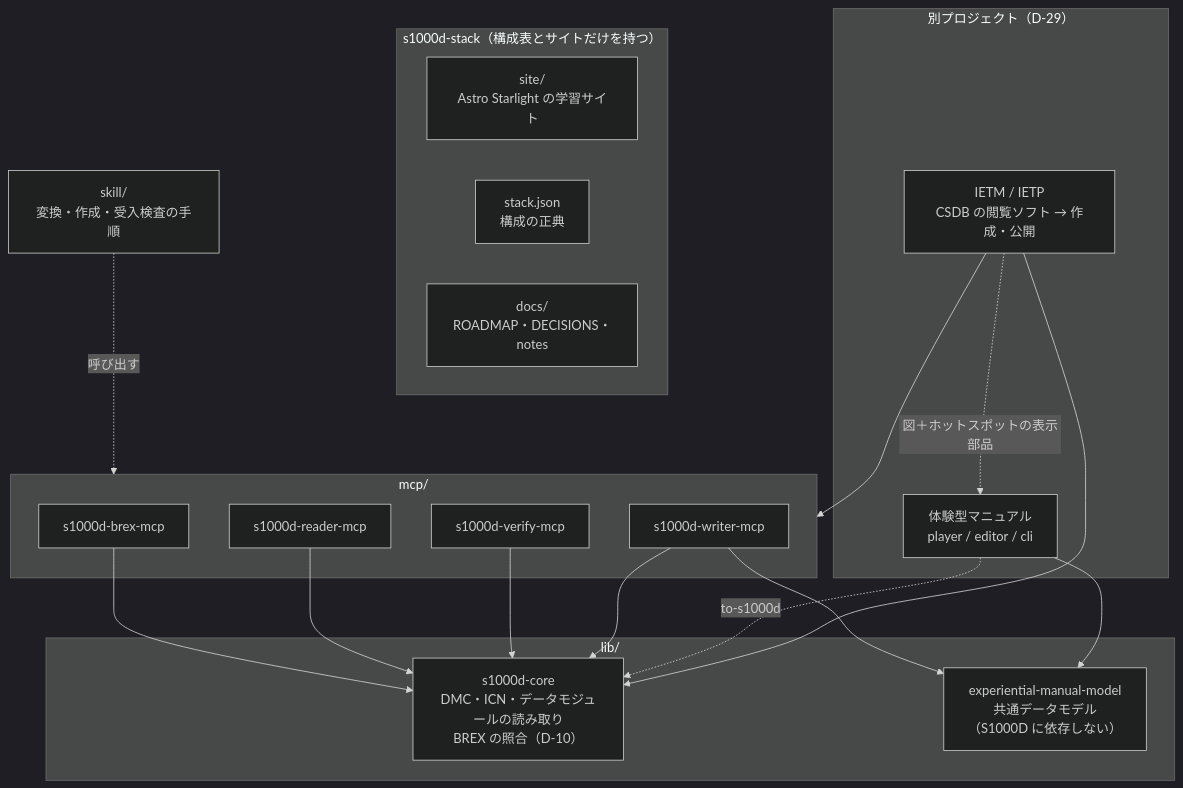
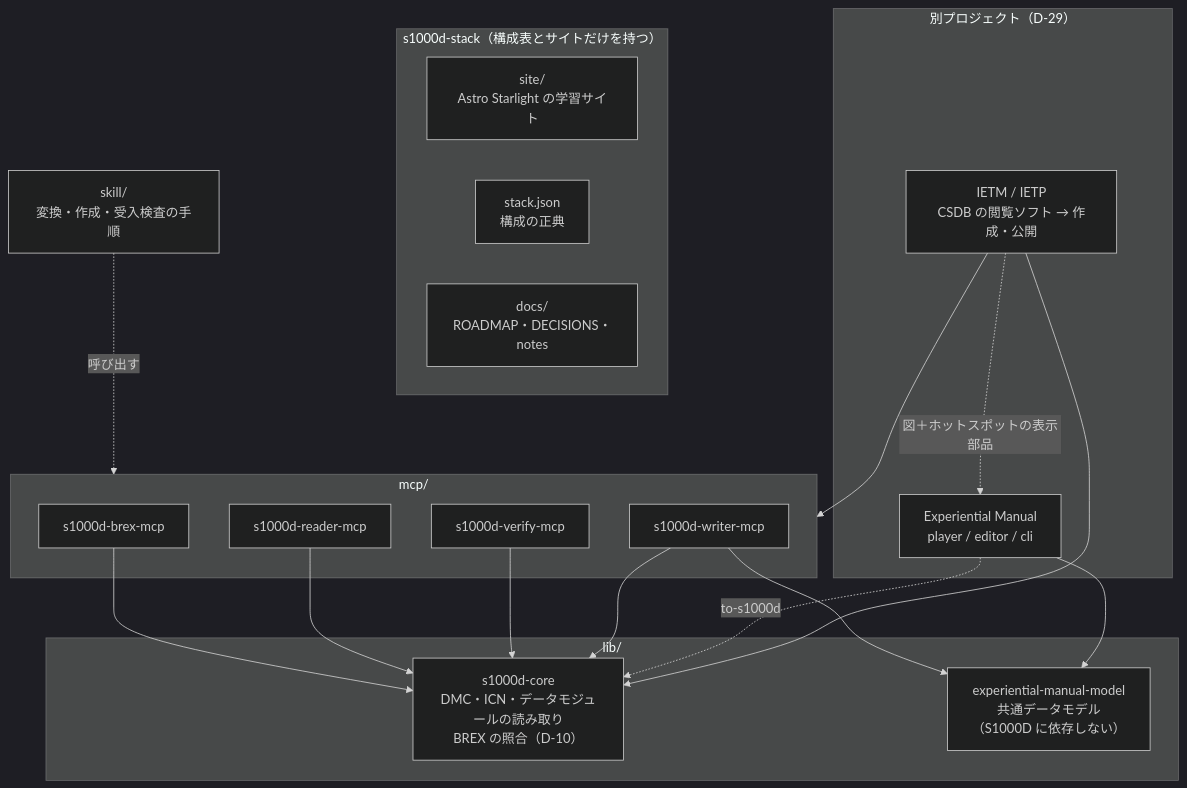
The first of 5 diagrams in docs/ROADMAP.md (shuji-bonji/s1000d-stack), drawn with Mermaid (dark theme) before and after one commit. The commit also changed other lines of this file, not shown here.

First line of the commit message:
docs: ROADMAP に「いまの状態」（公開中の版、段階 3 の後に足したもの、進行中、未着手）を足し、製品名と古い記述を直しました

````diff
--- a/docs/ROADMAP.md
+++ b/docs/ROADMAP.md
@@ -27,33 +28,33 @@
 ```mermaid
 flowchart TB
   subgraph Hub["s1000d-stack（構成表とサイトだけを持つ）"]
     SITE["site/<br/>Astro Starlight の学習サイト"]
     STACK["stack.json<br/>構成の正典"]
     DOCS["docs/<br/>ROADMAP・DECISIONS・notes"]
   end
   subgraph Lib["lib/"]
     CORE["s1000d-core<br/>DMC・ICN・データモジュールの読み取り<br/>BREX の照合（D-10）"]
     MODEL["experiential-manual-model<br/>共通データモデル<br/>（S1000D に依存しない）"]
   end
   subgraph Mcp["mcp/"]
     BREX["s1000d-brex-mcp"]
     R["s1000d-reader-mcp"]
     V["s1000d-verify-mcp"]
     W["s1000d-writer-mcp"]
   end
   SK["skill/<br/>変換・作成・受入検査の手順"]
   subgraph Products["別プロジェクト（D-29）"]
-    XM["体験型マニュアル<br/>player / editor / cli"]
+    XM["Experiential Manual<br/>player / editor / cli"]
     IETP["IETM / IETP<br/>CSDB の閲覧ソフト → 作成・公開"]
   end
   BREX --> CORE
   R --> CORE
   V --> CORE
   W --> CORE
   W --> MODEL
   SK -.呼び出す.-> Mcp
   XM --> MODEL
   XM -. to-s1000d .-> CORE
   IETP --> CORE & Mcp
   IETP -. 図＋ホットスポットの表示部品 .-> XM
 ```
````
